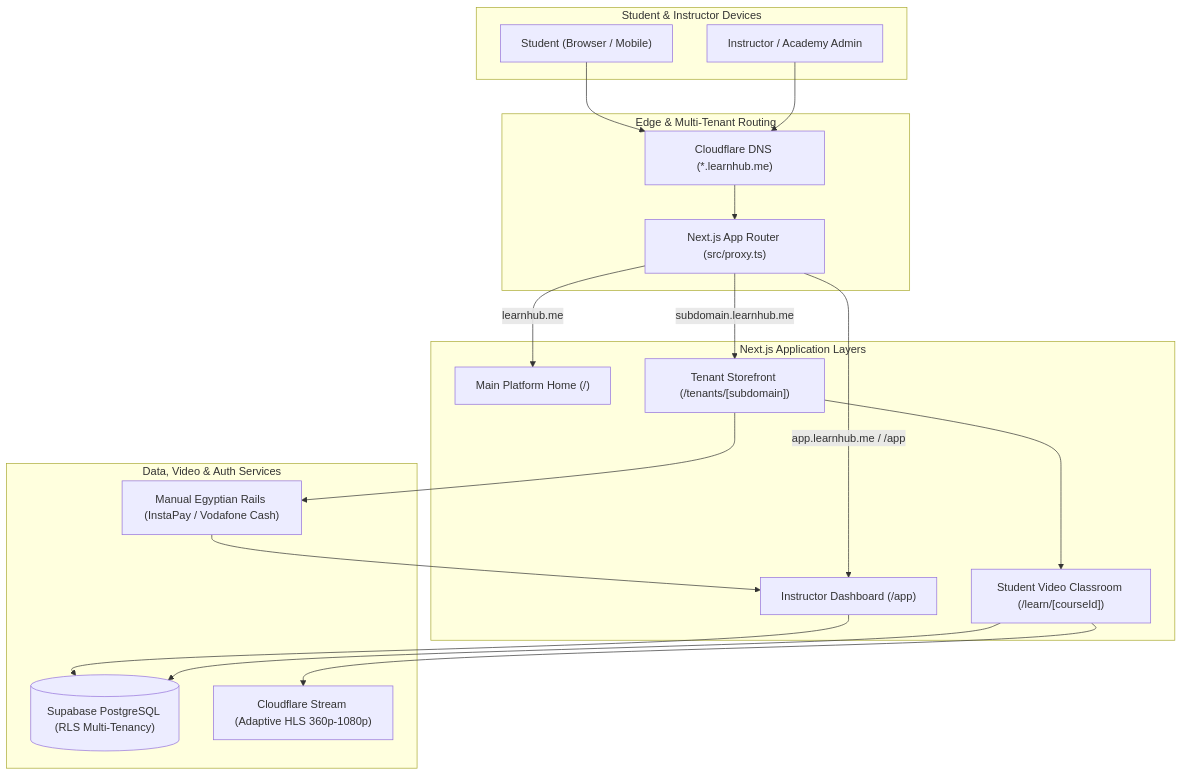
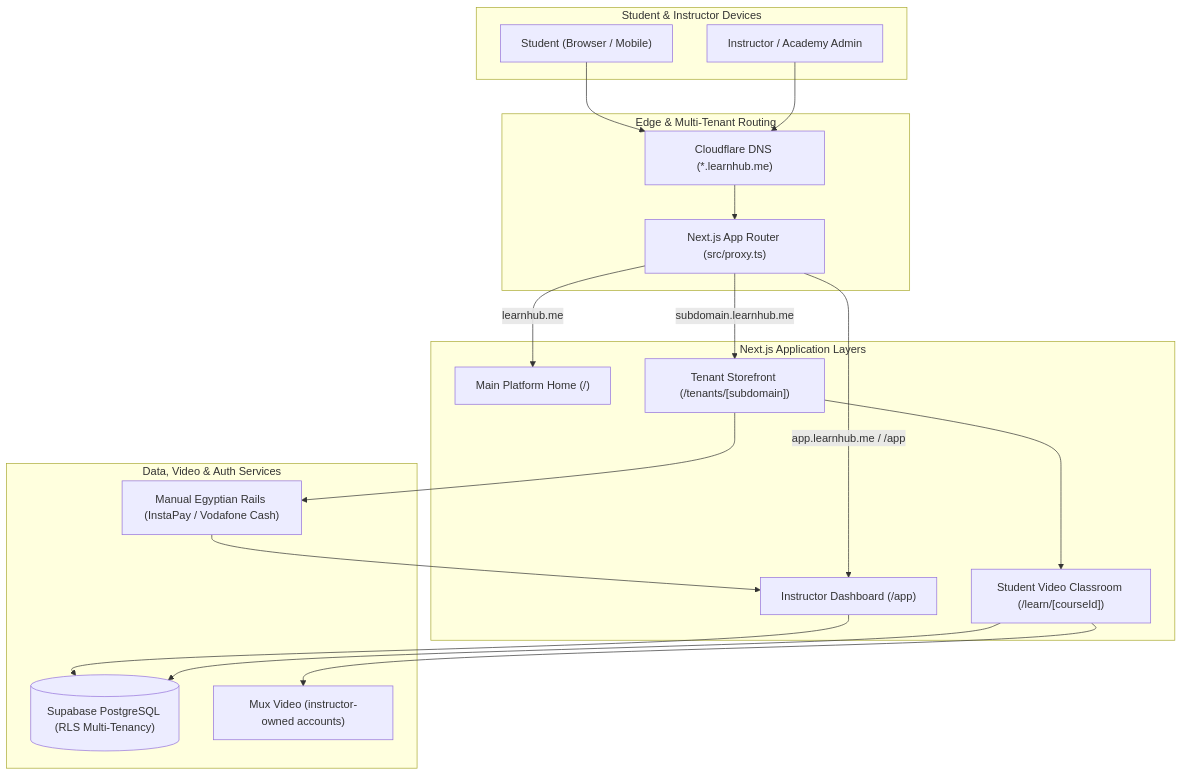
One commit to khttp/instruct-hub changed the diagram in README.md. Above: the diagram before and after it, drawn with Mermaid. The commit also changed other lines of this file and 21 other files, not shown here.

````diff
--- a/README.md
+++ b/README.md
@@ -24,38 +24,38 @@
 ```mermaid
 flowchart TD
     subgraph Clients ["Student & Instructor Devices"]
         S["Student (Browser / Mobile)"]
         T["Instructor / Academy Admin"]
     end
 
     subgraph EdgeRouting ["Edge & Multi-Tenant Routing"]
         DNS["Cloudflare DNS (*.learnhub.me)"]
         Proxy["Next.js App Router (src/proxy.ts)"]
     end
 
     subgraph AppLayers ["Next.js Application Layers"]
         Landing["Main Platform Home (/)"]
         Portal["Instructor Dashboard (/app)"]
         Storefront["Tenant Storefront (/tenants/[subdomain])"]
         Classroom["Student Video Classroom (/learn/[courseId])"]
     end
 
     subgraph Backend ["Data, Video & Auth Services"]
         DB[("Supabase PostgreSQL (RLS Multi-Tenancy)")]
-        CFStream["Cloudflare Stream (Adaptive HLS 360p-1080p)"]
+        CFStream["Mux Video (instructor-owned accounts)"]
         PayRails["Manual Egyptian Rails (InstaPay / Vodafone Cash)"]
     end
 
     S --> DNS
     T --> DNS
     DNS --> Proxy
     Proxy -->|learnhub.me| Landing
     Proxy -->|app.learnhub.me / /app| Portal
     Proxy -->|subdomain.learnhub.me| Storefront
     Storefront --> Classroom
     Portal --> DB
     Classroom --> CFStream
     Storefront --> PayRails
     PayRails --> Portal
     Classroom --> DB
 ```
````
